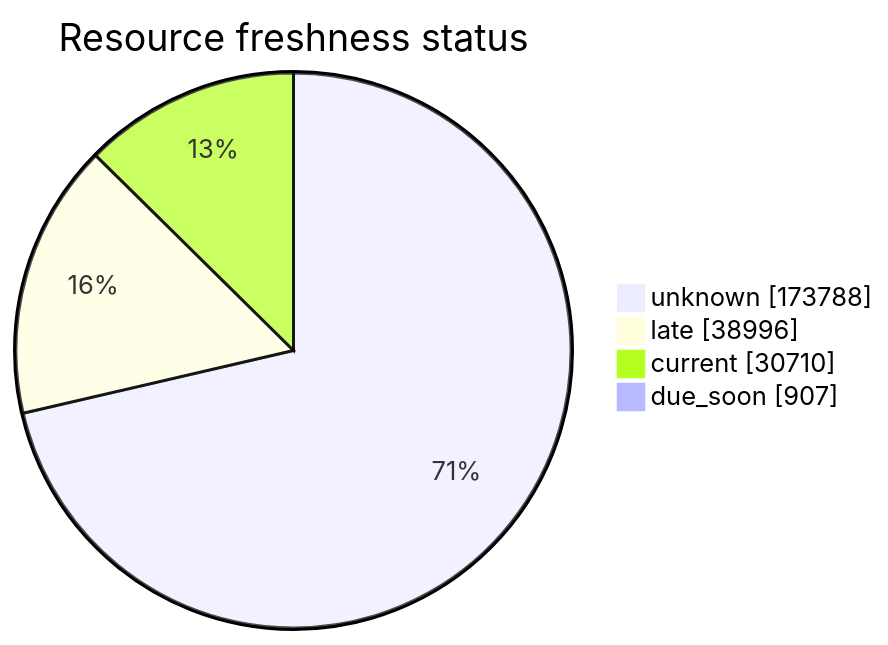
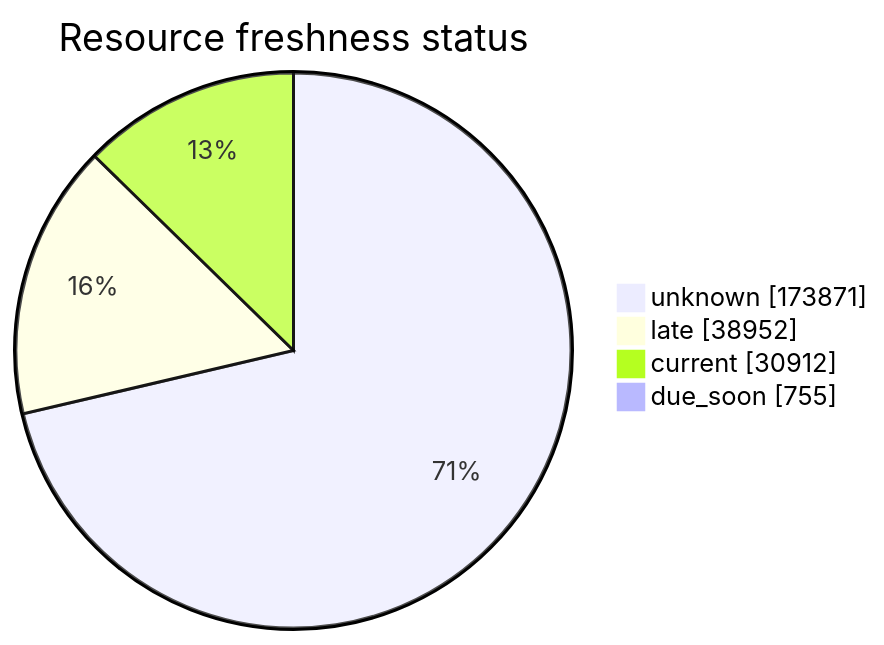
One commit to open-data/analytics-corporate-reporting changed the third of 5 diagrams in FreshCheck/README.md. Above: the diagram before and after it, drawn with Mermaid. The commit also changed other lines of this file and 3 other files, not shown here.

````diff
--- a/FreshCheck/README.md
+++ b/FreshCheck/README.md
@@ -77,7 +77,7 @@
 ```mermaid
 pie showData title Resource freshness status
-    "unknown": 173788
-    "late": 38996
-    "current": 30710
-    "due_soon": 907
+    "unknown": 173871
+    "late": 38952
+    "current": 30912
+    "due_soon": 755
 ```
````
